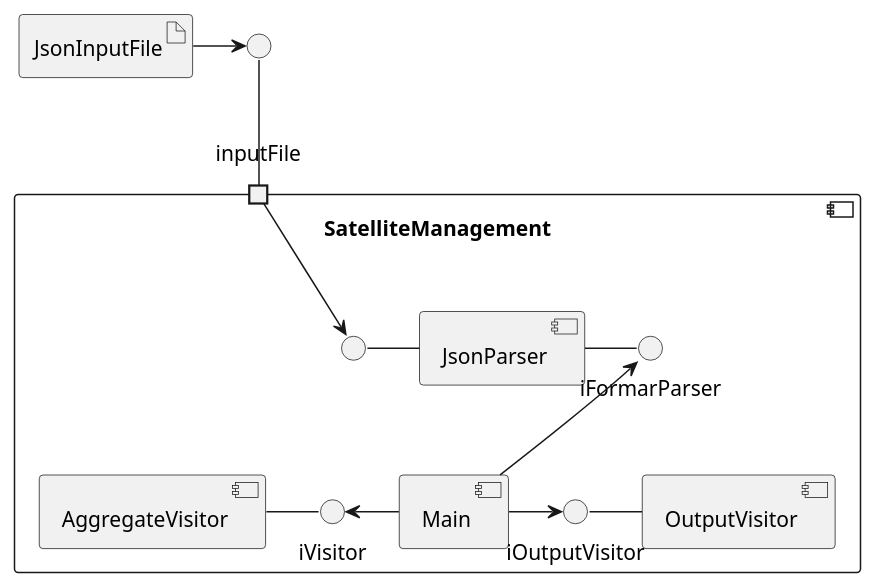
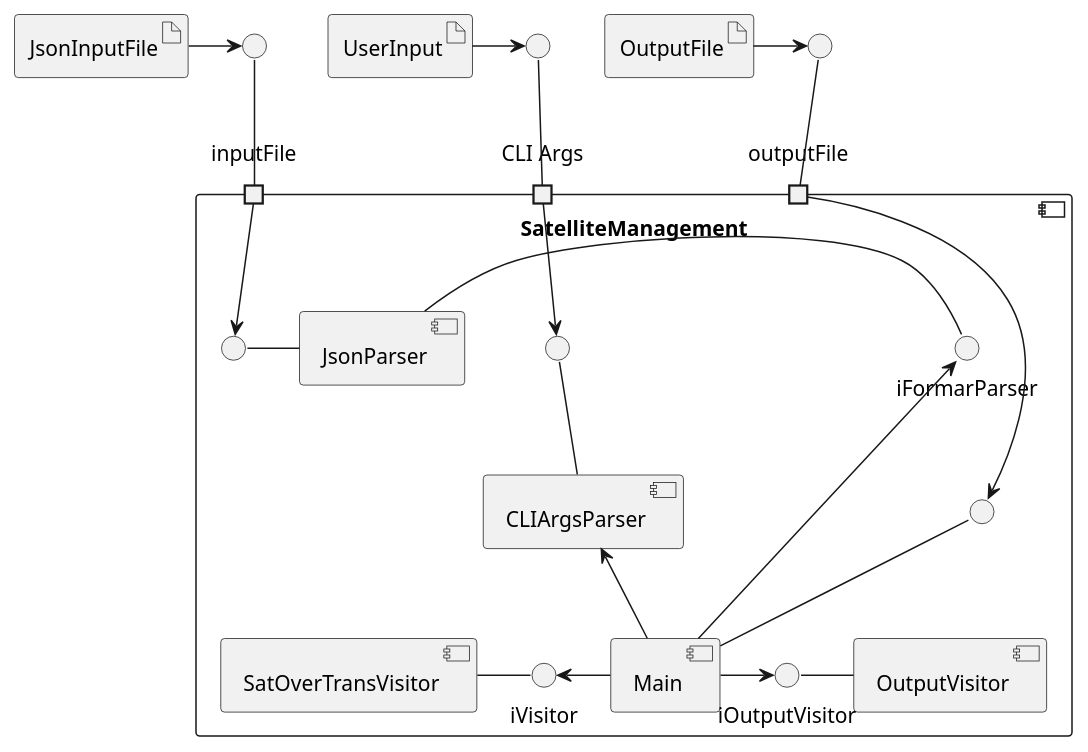
The diagram in UML-Diagramme/componentDiagram.puml (DHBW-INF2020/SWE2022_LS_LB_PK), drawn with PlantUML before and after one commit.

Commit message:
added components to componentDiagram.puml

```diff
--- a/UML-Diagramme/componentDiagram.puml
+++ b/UML-Diagramme/componentDiagram.puml
@@ -1,37 +1,56 @@
 @startuml
 
 artifact JsonInputFile
-
+artifact UserInput
+artifact OutputFile
 
 component SatelliteManagement as app{
 
     port "inputFile" as p_in
+    port "CLI Args" as p_args
+    port "outputFile" as p_out
 
-    component AggregateVisitor
+    component SatOverTransVisitor
     component Main
     component OutputVisitor
     component JsonParser
+    component CLIArgsParser
 
     interface iVisitor
     interface iOutputVisitor
     interface iFormarParser
 
-    iVisitor -left- AggregateVisitor
+    iVisitor -left- SatOverTransVisitor
     Main -left-> iVisitor
     Main -right->iOutputVisitor
     iOutputVisitor -right- OutputVisitor
-    Main -up->iFormarParser
-    iFormarParser -left- JsonParser
+    Main -up-->iFormarParser
+    JsonParser -right- iFormarParser
     () " " as i_in
     i_in - JsonParser
     p_in -down-> i_in
+    Main -up-> CLIArgsParser
+    () " " as i_args
+    i_args -down- CLIArgsParser
+    () " " as i_out
+    Main -up- i_out
 }
 
 
 () " " as io_in
 io_in -down- p_in
 JsonInputFile -right-> io_in
 
+() " " as io_args
+io_args -down- p_args
+UserInput -right-> io_args
+p_args -down-> i_args
+
+() " " as io_out
+io_out -down- p_out
+OutputFile -right-> io_out
+p_out -down-> i_out
+
 
 
 @enduml
```
